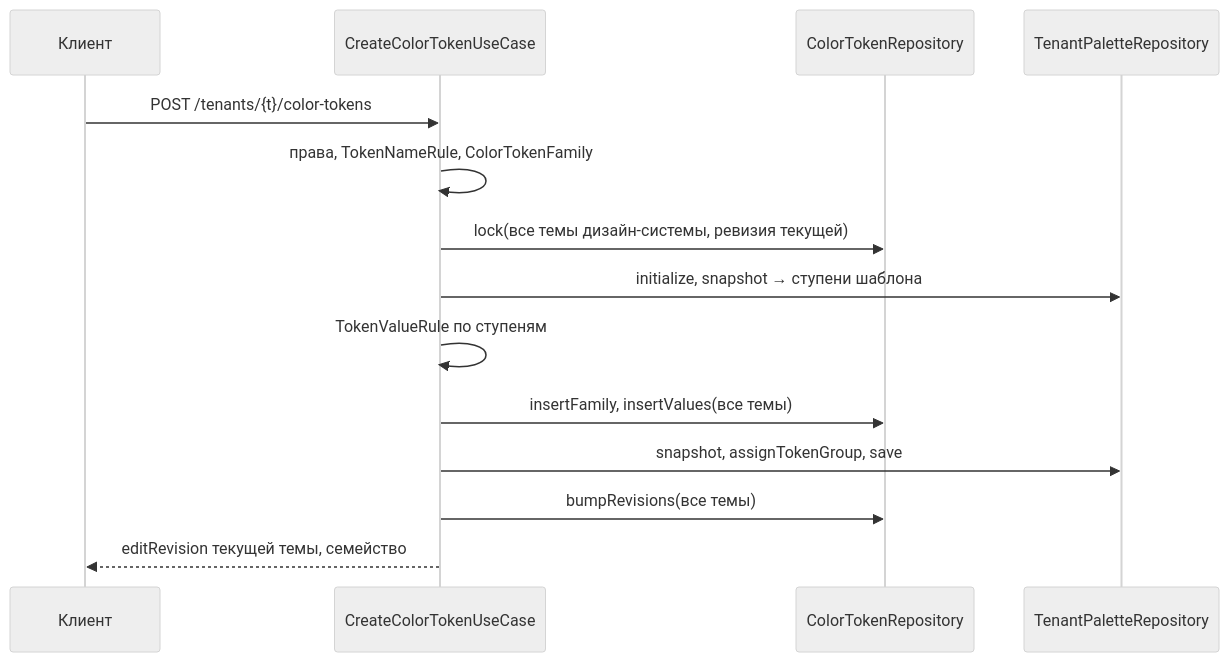
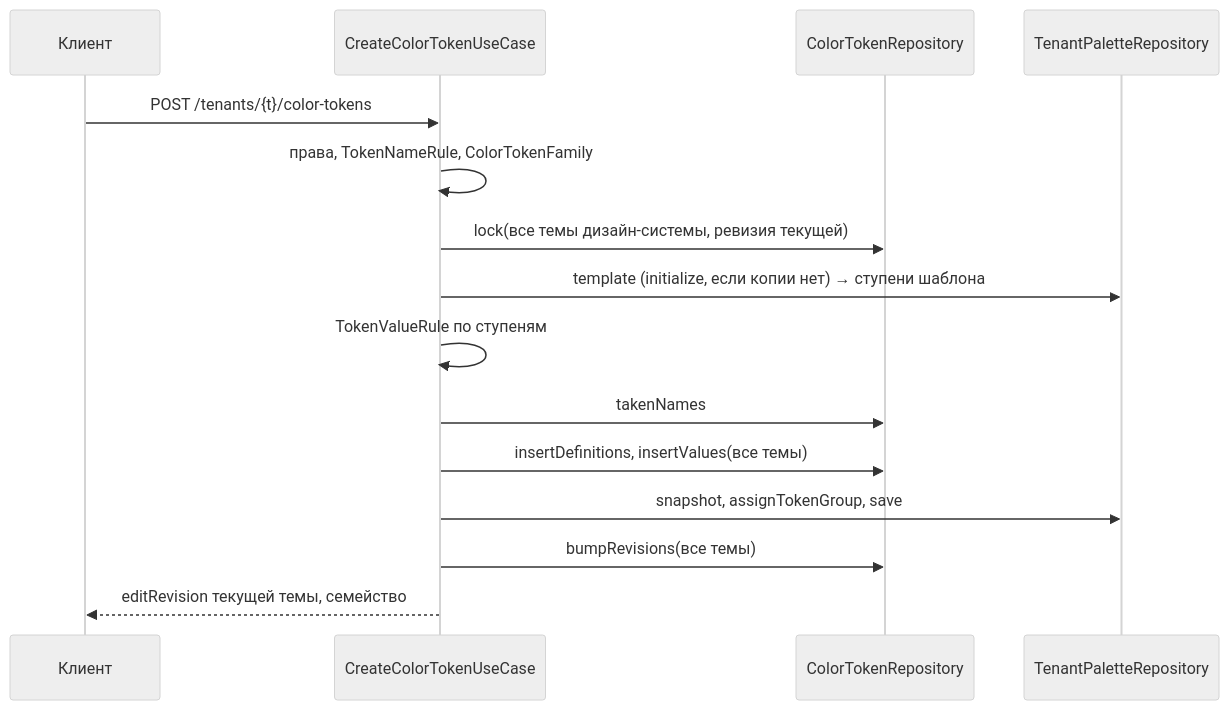
The diagram in openspec/changes/add-color-tokens-api/design.md (salute-developers/design-system-builder), drawn with Mermaid (neutral theme) before and after one commit. The commit also changed other lines of this file and 49 other files, not shown here.

````diff
--- a/openspec/changes/add-color-tokens-api/design.md
+++ b/openspec/changes/add-color-tokens-api/design.md
@@ -190,16 +224,17 @@
 ```mermaid
 sequenceDiagram
   participant C as Клиент
   participant U as CreateColorTokenUseCase
   participant T as ColorTokenRepository
   participant P as TenantPaletteRepository
   C->>U: POST /tenants/{t}/color-tokens
   U->>U: права, TokenNameRule, ColorTokenFamily
   U->>T: lock(все темы дизайн-системы, ревизия текущей)
-  U->>P: initialize, snapshot → ступени шаблона
+  U->>P: template (initialize, если копии нет) → ступени шаблона
   U->>U: TokenValueRule по ступеням
-  U->>T: insertFamily, insertValues(все темы)
+  U->>T: takenNames
+  U->>T: insertDefinitions, insertValues(все темы)
   U->>P: snapshot, assignTokenGroup, save
   U->>T: bumpRevisions(все темы)
   U-->>C: editRevision текущей темы, семейство
 ```
````
